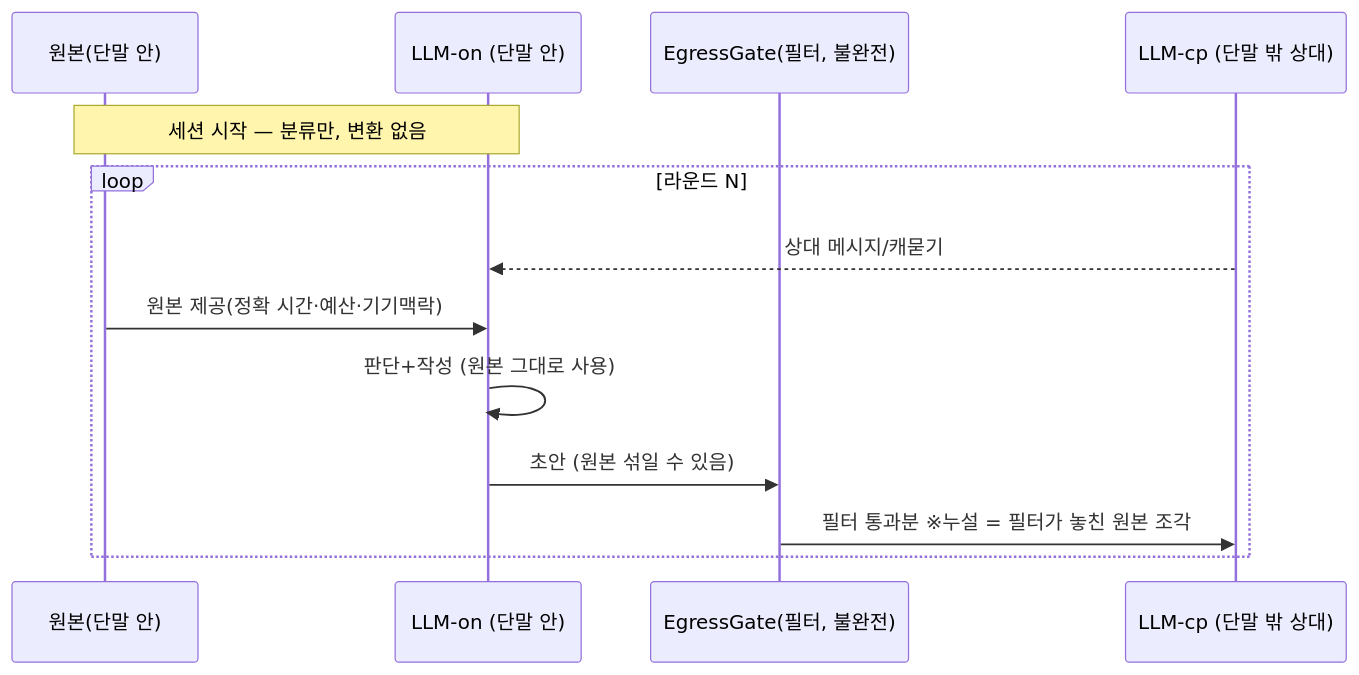
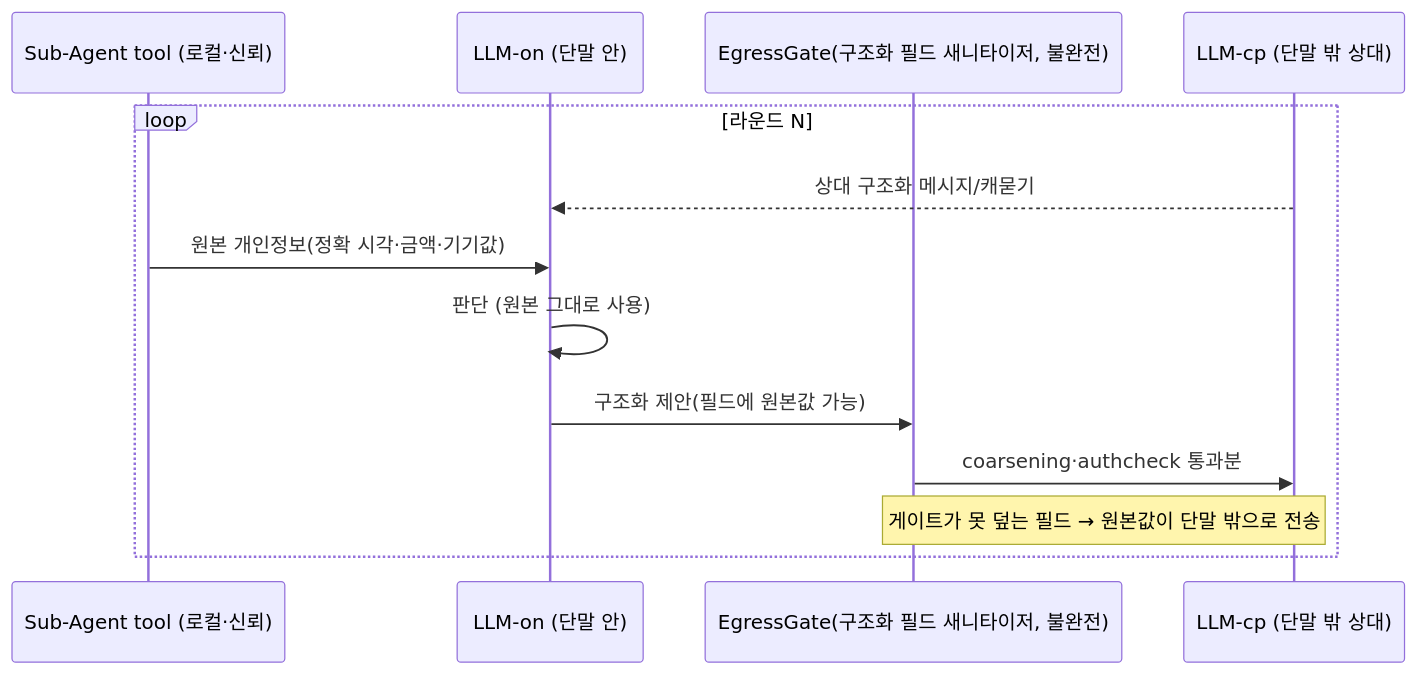
Before and after one commit to Sunwoo-Nam/architect-teamproject: the first of 2 diagrams in poc/dp02-privacy/AGENTS.md, drawn with Mermaid. The commit also changed other lines of this file and 2 other files, not shown here.

````diff
--- a/poc/dp02-privacy/AGENTS.md
+++ b/poc/dp02-privacy/AGENTS.md
@@ -61,15 +65,15 @@
 ```mermaid
 sequenceDiagram
-  participant RAW as 원본(단말 안)
+  participant TOOL as Sub-Agent tool (로컬·신뢰)
   participant ON as LLM-on (단말 안)
-  participant GATE as EgressGate(필터, 불완전)
+  participant GATE as EgressGate(구조화 필드 새니타이저, 불완전)
   participant CP as LLM-cp (단말 밖 상대)
-  Note over RAW,ON: 세션 시작 — 분류만, 변환 없음
   loop 라운드 N
-    CP-->>ON: 상대 메시지/캐묻기
-    RAW->>ON: 원본 제공(정확 시간·예산·기기맥락)
-    ON->>ON: 판단+작성 (원본 그대로 사용)
-    ON->>GATE: 초안 (원본 섞일 수 있음)
-    GATE->>CP: 필터 통과분  ※누설 = 필터가 놓친 원본 조각
+    CP-->>ON: 상대 구조화 메시지/캐묻기
+    TOOL->>ON: 원본 개인정보(정확 시각·금액·기기값)
+    ON->>ON: 판단 (원본 그대로 사용)
+    ON->>GATE: 구조화 제안(필드에 원본값 가능)
+    GATE->>CP: coarsening·authcheck 통과분
+    Note over GATE,CP: 게이트가 못 덮는 필드 → 원본값이 단말 밖으로 전송
   end
 ```
````
